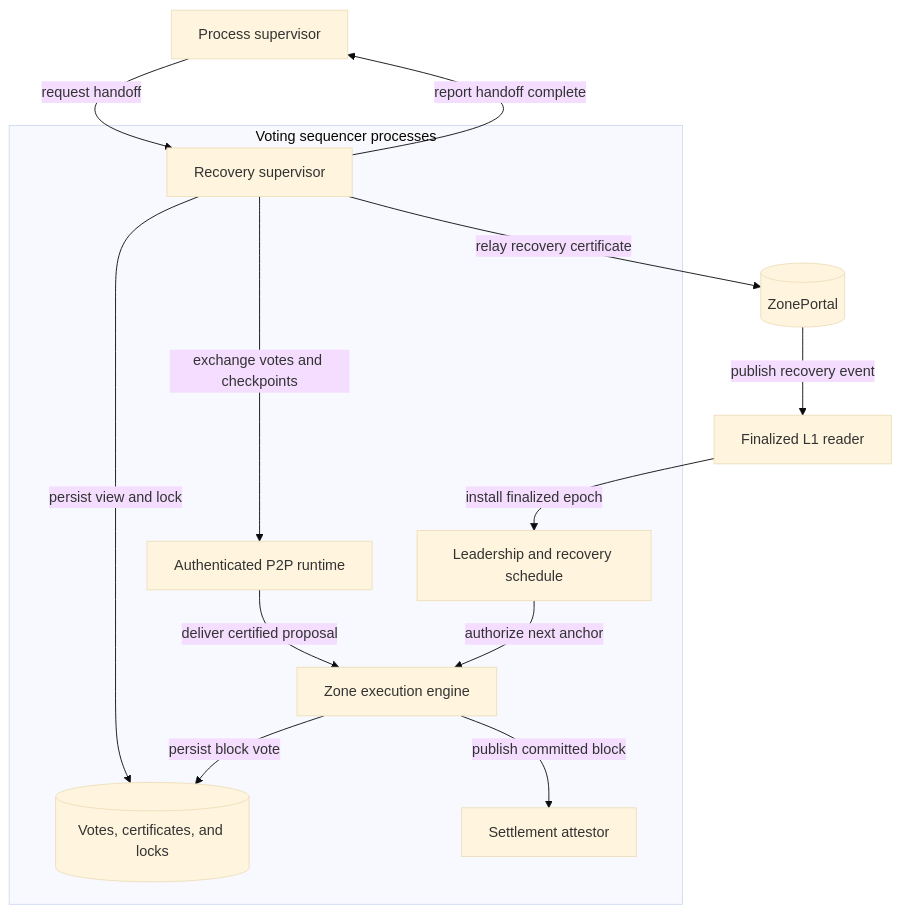
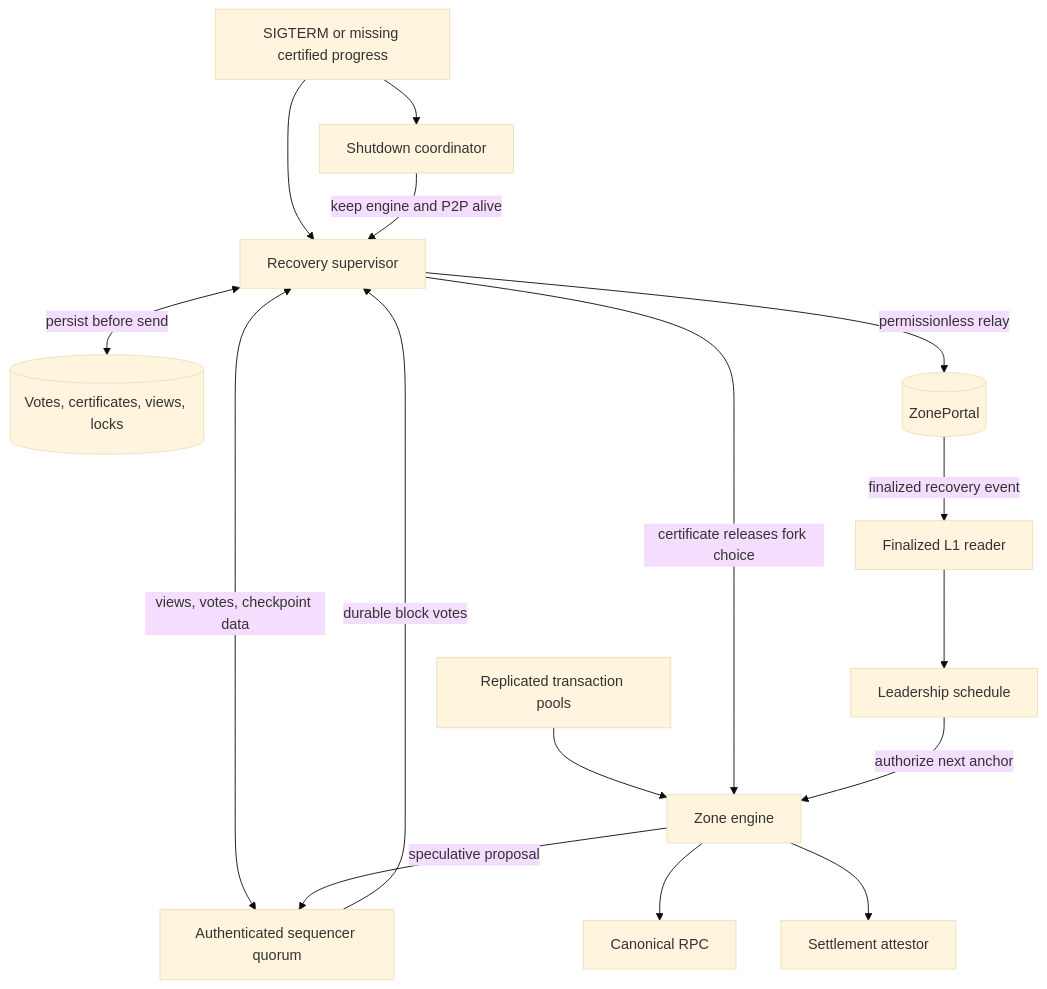
One commit to tempoxyz/zones changed the fourth of 4 diagrams in spt_automated_failover.md. Above: the diagram before and after it, drawn with Mermaid (base theme). The commit also changed other lines of this file, not shown here.

Commit message:
docs: strengthen automated sequencer failover plan

````diff
--- a/spt_automated_failover.md
+++ b/spt_automated_failover.md
@@ -272,25 +220,31 @@
 ```mermaid
 flowchart TD
-    operator["Process supervisor"]
+    signal["SIGTERM or missing certified progress"]
+    coordinator["Shutdown coordinator"]
+    supervisor["Recovery supervisor"]
+    store[("Votes, certificates, views, locks")]
+    peers["Authenticated sequencer quorum"]
+    engine["Zone engine"]
+    pool["Replicated transaction pools"]
     portal[("ZonePortal")]
-    l1["Finalized L1 reader"]
-    subgraph sequencers["Voting sequencer processes"]
-        recovery["Recovery supervisor"]
-        store[("Votes, certificates, and locks")]
-        p2p["Authenticated P2P runtime"]
-        engine["Zone execution engine"]
-        schedule["Leadership and recovery schedule"]
-        settlement["Settlement attestor"]
-    end
-    operator -->|"request handoff"| recovery
-    recovery -->|"persist view and lock"| store
-    recovery -->|"exchange votes and checkpoints"| p2p
-    p2p -->|"deliver certified proposal"| engine
-    engine -->|"persist block vote"| store
-    recovery -->|"relay recovery certificate"| portal
-    portal -->|"publish recovery event"| l1
-    l1 -->|"install finalized epoch"| schedule
-    schedule -->|"authorize next anchor"| engine
-    engine -->|"publish committed block"| settlement
-    recovery -->|"report handoff complete"| operator
+    reader["Finalized L1 reader"]
+    schedule["Leadership schedule"]
+    settlement["Settlement attestor"]
+    rpc["Canonical RPC"]
+
+    signal --> coordinator
+    signal --> supervisor
+    coordinator -->|keep engine and P2P alive| supervisor
+    supervisor <-->|persist before send| store
+    supervisor <-->|views, votes, checkpoint data| peers
+    pool --> engine
+    engine -->|speculative proposal| peers
+    peers -->|durable block votes| supervisor
+    supervisor -->|certificate releases fork choice| engine
+    engine --> rpc
+    supervisor -->|permissionless relay| portal
+    portal -->|finalized recovery event| reader
+    reader --> schedule
+    schedule -->|authorize next anchor| engine
+    engine --> settlement
 ```
````
